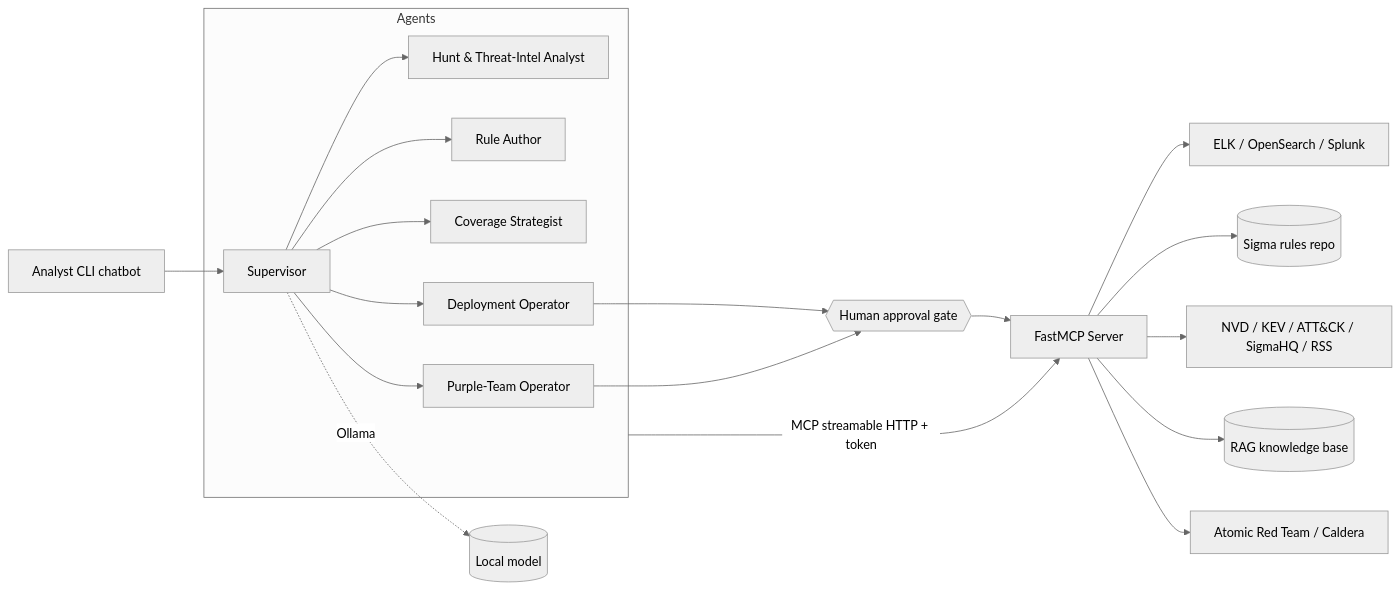
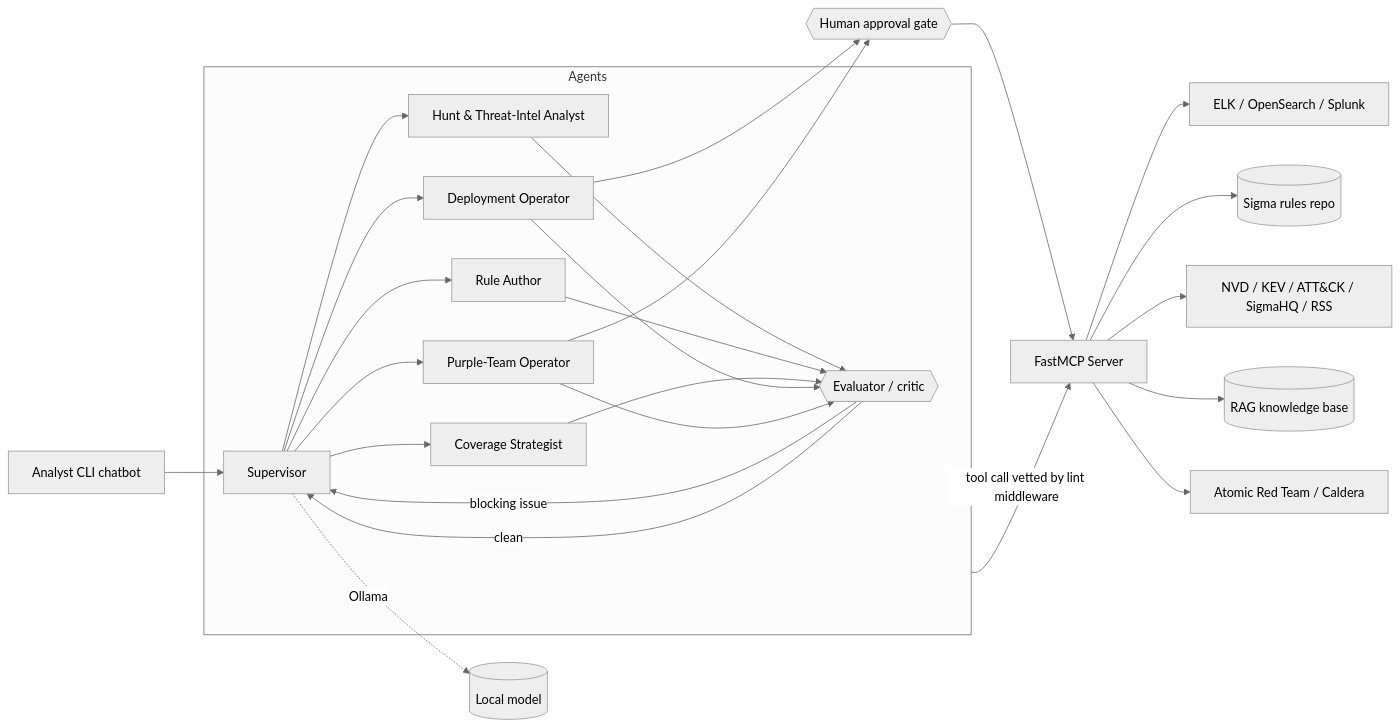
The diagram in docs/technical.md (akshayjain-1/ADEPT-Agentic-Detection-Engineering-Orchestration-Pipeline-and-Tuning), drawn with Mermaid (neutral theme) before and after one commit. The commit also changed other lines of this file and 36 other files, not shown here.

````diff
--- a/docs/technical.md
+++ b/docs/technical.md
@@ -32,21 +33,28 @@
 ```mermaid
 flowchart LR
     U[Analyst CLI chatbot] --> SUP[Supervisor]
     subgraph Agents
       SUP --> HUNT[Hunt & Threat-Intel Analyst]
       SUP --> AUTH[Rule Author]
       SUP --> COV[Coverage Strategist]
       SUP --> DEP[Deployment Operator]
       SUP --> PT[Purple-Team Operator]
+      HUNT --> EVAL{{Evaluator / critic}}
+      AUTH --> EVAL
+      COV --> EVAL
+      DEP --> EVAL
+      PT --> EVAL
+      EVAL -->|blocking issue| SUP
+      EVAL -->|clean| SUP
     end
-    Agents -->|MCP streamable HTTP + token| MCP[FastMCP Server]
+    Agents -->|tool call vetted by lint middleware| MCP[FastMCP Server]
     SUP -.Ollama.-> LLM[(Local model)]
     DEP --> GATE{{Human approval gate}}
     PT --> GATE
     GATE --> MCP
     MCP --> SIEM[ELK / OpenSearch / Splunk]
     MCP --> GIT[(Sigma rules repo)]
     MCP --> TI[NVD / KEV / ATT&CK / SigmaHQ / RSS]
     MCP --> KB[(RAG knowledge base)]
     MCP --> SIM[Atomic Red Team / Caldera]
 ```
````
